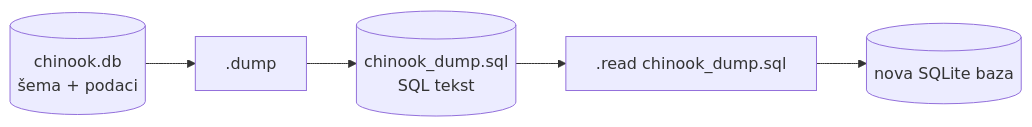
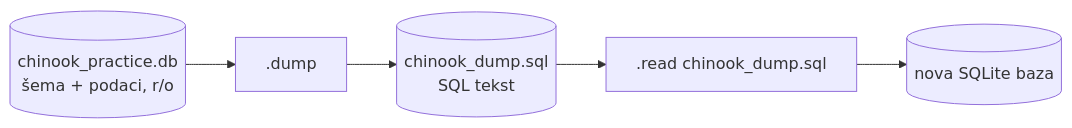
One commit to josip-pavlovic-dev/fast-api-portfolio changed the first of 2 diagrams in fast-api-course-my-work/sqlite_for_beginners/01_some_basic_sql_commands/03_sqlite_dump_command.md. Above: the diagram before and after it, drawn with Mermaid. The commit also changed other lines of this file and 2 other files, not shown here.

Commit message:
Updated SQLite dump command lesson with detailed instructions, examples, and exercises. Added a new Q&A document for Day 04 focusing on the `.dump` command, including objectives, schedule, and additional tasks for practice.

````diff
--- a/fast-api-course-my-work/sqlite_for_beginners/01_some_basic_sql_commands/03_sqlite_dump_command.md
+++ b/fast-api-course-my-work/sqlite_for_beginners/01_some_basic_sql_commands/03_sqlite_dump_command.md
@@ -42,7 +102,7 @@
 ```mermaid
 flowchart LR
-    source[("chinook.db<br/>šema + podaci")] --> dump[".dump"]
+    source[("chinook_practice.db<br/>šema + podaci, r/o")] --> dump[".dump"]
     dump --> sql[("chinook_dump.sql<br/>SQL tekst")]
     sql --> read[".read chinook_dump.sql"]
     read --> restored[("nova SQLite baza")]
 ```
````
